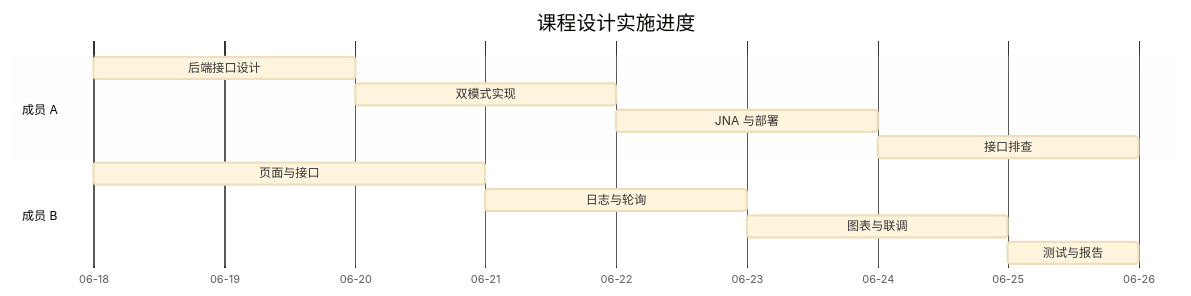
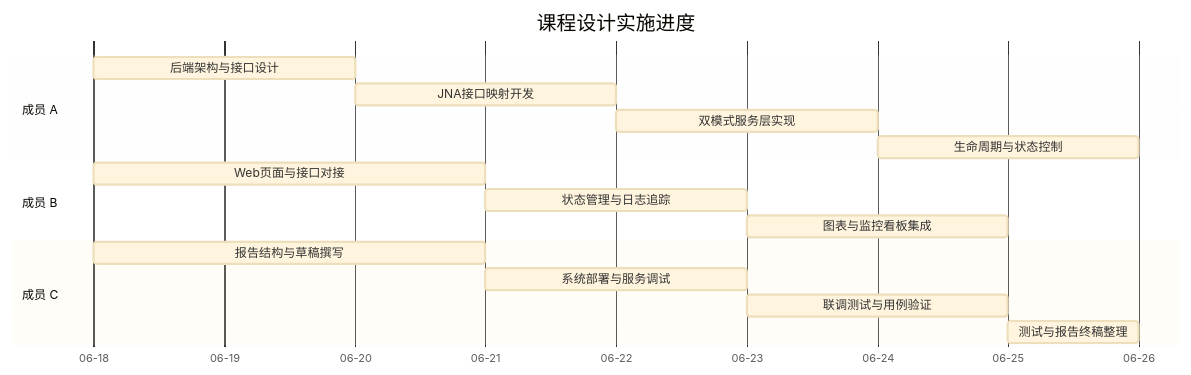
Before and after one commit to Dawn6666666/KVMCloudDesk: the fourth of 4 diagrams in docs/markdown/课设/报告/KVM虚拟化实践与编程课程设计报告.md, drawn with Mermaid. The commit also changed other lines of this file and 2 other files, not shown here.

````diff
--- a/docs/markdown/课设/报告/KVM虚拟化实践与编程课程设计报告.md
+++ b/docs/markdown/课设/报告/KVM虚拟化实践与编程课程设计报告.md
@@ -530,19 +533,24 @@
 ```mermaid
 %%{init: {"theme": "base"}}%%
 gantt
     title 课程设计实施进度
     dateFormat  YYYY-MM-DD
     axisFormat  %m-%d
 
     section 成员 A
-    后端接口设计       :a1, 2026-06-18, 2d
-    双模式实现         :a2, after a1, 2d
-    JNA 与部署         :a3, after a2, 2d
-    接口排查           :a4, after a3, 2d
+    后端架构与接口设计   :a1, 2026-06-18, 2d
+    JNA接口映射开发      :a2, after a1, 2d
+    双模式服务层实现    :a3, after a2, 2d
+    生命周期与状态控制   :a4, after a3, 2d
 
     section 成员 B
-    页面与接口         :b1, 2026-06-18, 3d
-    日志与轮询         :b2, after b1, 2d
-    图表与联调         :b3, after b2, 2d
-    测试与报告         :b4, after b3, 1d
+    Web页面与接口对接   :b1, 2026-06-18, 3d
+    状态管理与日志追踪   :b2, after b1, 2d
+    图表与监控看板集成   :b3, after b2, 2d
+
+    section 成员 C
+    报告结构与草稿撰写   :c1, 2026-06-18, 3d
+    系统部署与服务调试   :c2, after c1, 2d
+    联调测试与用例验证   :c3, after c2, 2d
+    测试与报告终稿整理   :c4, after c3, 1d
 ```
````
